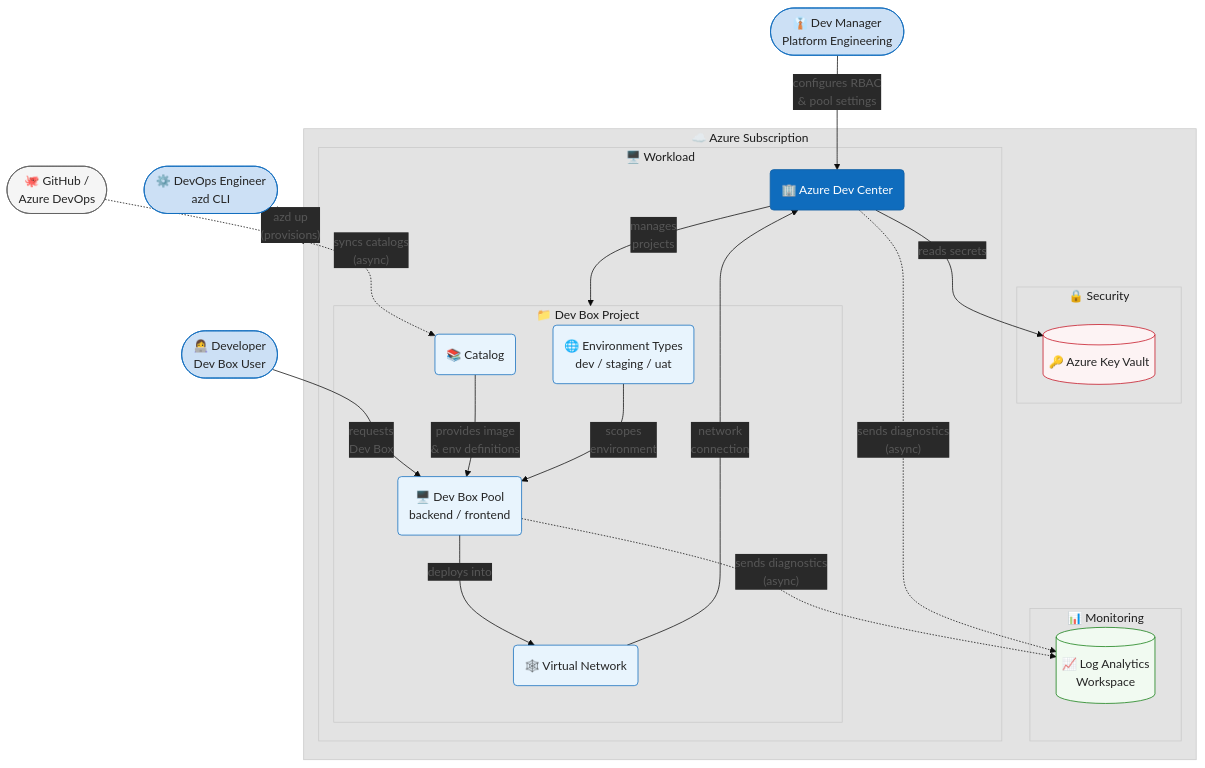
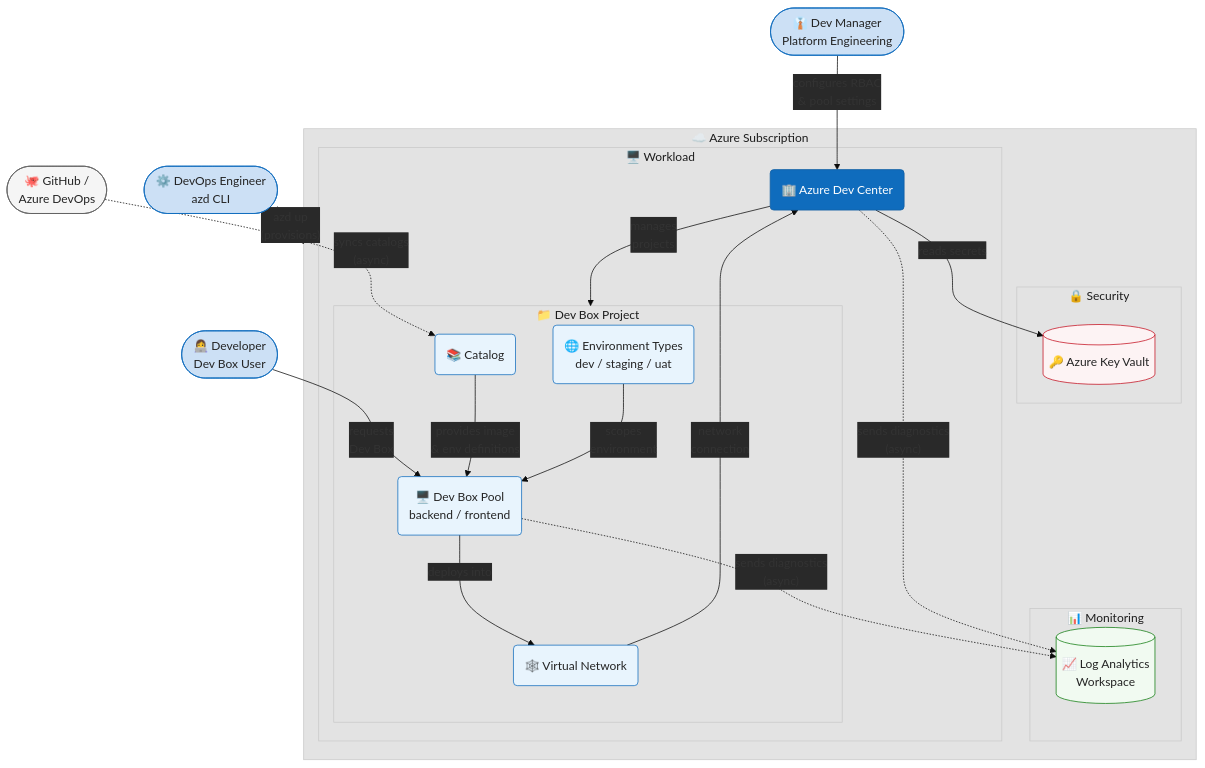
The diagram in README.md (Evilazaro/DevExp-DevBox), drawn with Mermaid before and after one commit.

Commit message:
Update primaryTextColor to primaryBorderColor for improved theme configuration

````diff
--- a/README.md
+++ b/README.md
@@ -61,74 +61,74 @@
 ```mermaid
 ---
 config:
   description: "High-level architecture diagram showing actors, primary flows, and major components."
   theme: base
   themeVariables:
     textColor: "#242424"
     primaryColor: "#d6d6d6"
-    primaryTextColor: "#575757"
+    primaryBorderColor: "#d6d6d6"
     secondaryColor: "#292929"
 ---
 flowchart TB
 
   %% ── Actors ────────────────────────────────────────────────────────────────
   DevManager(["👔 Dev Manager<br/>Platform Engineering"])
   Developer(["👩‍💻 Developer<br/>Dev Box User"])
   DevOps(["⚙️ DevOps Engineer<br/>azd CLI"])
 
   %% ── External Systems ──────────────────────────────────────────────────────
   GitHub(["🐙 GitHub /<br/>Azure DevOps"])
 
   %% ── Azure Subscription ────────────────────────────────────────────────────
   subgraph SUB["☁️ Azure Subscription"]
 
     subgraph MON["📊 Monitoring"]
       LogAnalytics[("📈 Log Analytics<br/>Workspace")]
     end
 
     subgraph SEC["🔒 Security"]
       KeyVault[("🔑 Azure Key Vault")]
     end
 
     subgraph WKL["🖥️ Workload"]
       DevCenter("🏢 Azure Dev Center")
 
       subgraph PROJ["📁 Dev Box Project"]
         Catalog("📚 Catalog")
         EnvType("🌐 Environment Types<br/>dev / staging / uat")
         Pool("🖥️ Dev Box Pool<br/>backend / frontend")
         VNet("🕸️ Virtual Network")
       end
     end
 
   end
 
   %% ── Interactions ──────────────────────────────────────────────────────────
   DevOps -- "azd up<br/>(provisions)" --> SUB
   DevManager -- "configures RBAC<br/>& pool settings" --> DevCenter
   Developer -- "requests<br/>Dev Box" --> Pool
   DevCenter -- "manages<br/>projects" --> PROJ
   GitHub -. "syncs catalogs<br/>(async)" .-> Catalog
   Catalog -- "provides image<br/>& env definitions" --> Pool
   EnvType -- "scopes<br/>environment" --> Pool
   Pool -- "deploys into" --> VNet
   VNet -- "network<br/>connection" --> DevCenter
   DevCenter -- "reads secrets" --> KeyVault
   DevCenter -. "sends diagnostics<br/>(async)" .-> LogAnalytics
   Pool -. "sends diagnostics<br/>(async)" .-> LogAnalytics
 
   %% ── Styles ────────────────────────────────────────────────────────────────
   classDef actor fill:#cce0f5,stroke:#0f6cbd,color:#242424
   classDef component fill:#0f6cbd,stroke:#115ea3,color:#ffffff
   classDef security fill:#fdf3f4,stroke:#c50f1f,color:#242424
   classDef monitoring fill:#f1faf1,stroke:#107c10,color:#242424
   classDef external fill:#f5f5f5,stroke:#616161,color:#242424
   classDef inner fill:#e8f4fd,stroke:#0f6cbd,color:#242424
 
   class DevManager,Developer,DevOps actor
   class DevCenter component
   class KeyVault security
   class LogAnalytics monitoring
   class GitHub external
   class Catalog,EnvType,Pool,VNet inner
 ```
````
